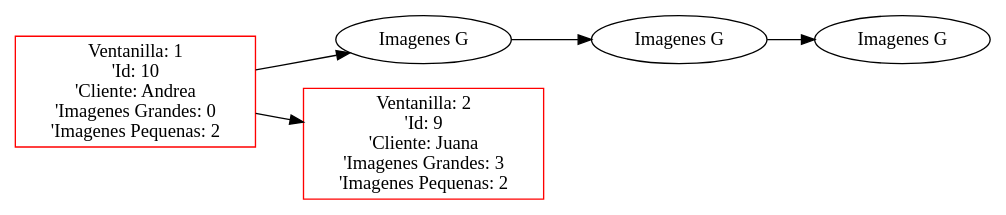
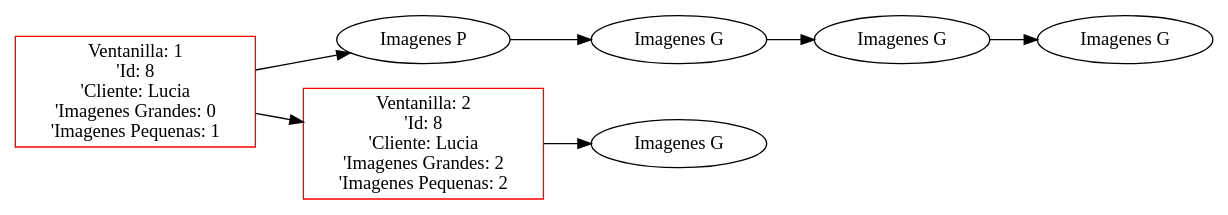
Before and after one commit to FranklinONP/EDD_PROYECTO_202200089: the diagram in Proyecto1/Proyecto1_202200089/Pruebas/PJ/Ventanilla.dot, drawn with Graphviz. The commit also changed 12 other files, not shown here.

```diff
--- a/Proyecto1/Proyecto1_202200089/Pruebas/PJ/Ventanilla.dot
+++ b/Proyecto1/Proyecto1_202200089/Pruebas/PJ/Ventanilla.dot
@@ -1,12 +1,16 @@
  digraph G {
  rankdir=LR;
- node0 [label="Ventanilla: 1\n'Id: 10\n'Cliente: Andrea\n'Imagenes Grandes: 0\n'Imagenes Pequenas: 2", color="red", shape="rectangle"];
- element00 [label="Imagenes G", shape="ellipse"];
+ node0 [label="Ventanilla: 1\n'Id: 8\n'Cliente: Lucia\n'Imagenes Grandes: 0\n'Imagenes Pequenas: 1", color="red", shape="rectangle"];
+ element00 [label="Imagenes P", shape="ellipse"];
  node0 -> element00 [dir="forward"];
  element00 -> element01 [dir="forward"];
  element01 [label="Imagenes G", shape="ellipse"];
  element01 -> element02 [dir="forward"];
  element02 [label="Imagenes G", shape="ellipse"];
- node1 [label="Ventanilla: 2\n'Id: 9\n'Cliente: Juana\n'Imagenes Grandes: 3\n'Imagenes Pequenas: 2", color="red", shape="rectangle"];
+ element02 -> element03 [dir="forward"];
+ element03 [label="Imagenes G", shape="ellipse"];
+ node1 [label="Ventanilla: 2\n'Id: 8\n'Cliente: Lucia\n'Imagenes Grandes: 2\n'Imagenes Pequenas: 2", color="red", shape="rectangle"];
+ element10 [label="Imagenes G", shape="ellipse"];
+ node1 -> element10 [dir="forward"];
  node0 -> node1 [dir="forward"];
  }
```
